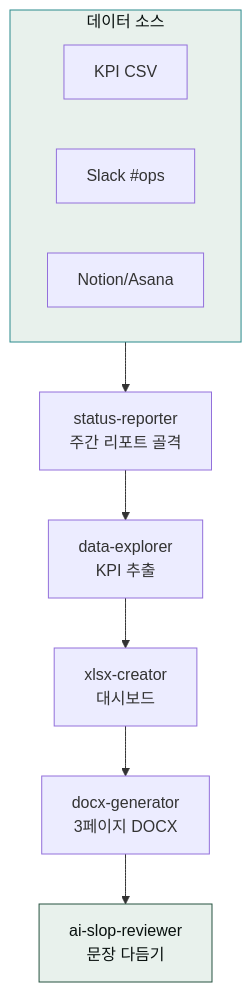
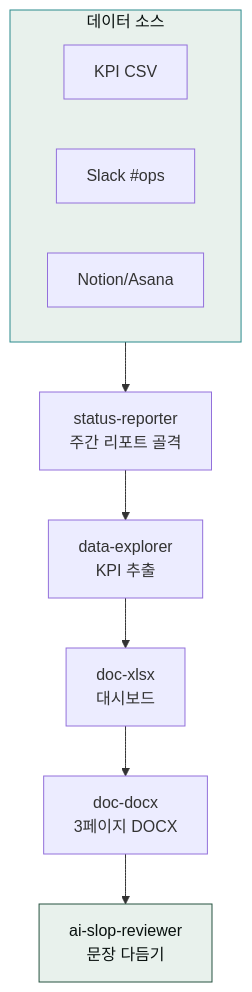
Before and after one commit to modu-ai/cowork-plugins: the first of 5 diagrams in www/content/cookbook/report-automation.md, drawn with Mermaid. The commit also changed other lines of this file and 45 other files, not shown here.

First line of the commit message:
docs(www): 스킬명 정합 + 깨진 링크 수정 + mermaid 보강

````diff
--- a/www/content/cookbook/report-automation.md
+++ b/www/content/cookbook/report-automation.md
@@ -12,16 +12,16 @@
 ```mermaid
 flowchart TD
    subgraph Sources["데이터 소스"]
        S1["KPI CSV"]
        S2["Slack #ops"]
        S3["Notion/Asana"]
    end
    A["status-reporter<br/>주간 리포트 골격"] --> B["data-explorer<br/>KPI 추출"]
-   B --> C["xlsx-creator<br/>대시보드"]
-   C --> D["docx-generator<br/>3페이지 DOCX"]
+   B --> C["doc-xlsx<br/>대시보드"]
+   C --> D["doc-docx<br/>3페이지 DOCX"]
    D --> E["ai-slop-reviewer<br/>문장 다듬기"]
    Sources --> A
 
    style Sources fill:#e8f1ec,stroke:#2a8a8c,color:#09110f
    style E fill:#e8f1ec,stroke:#265240,color:#09110f
 ```
````
